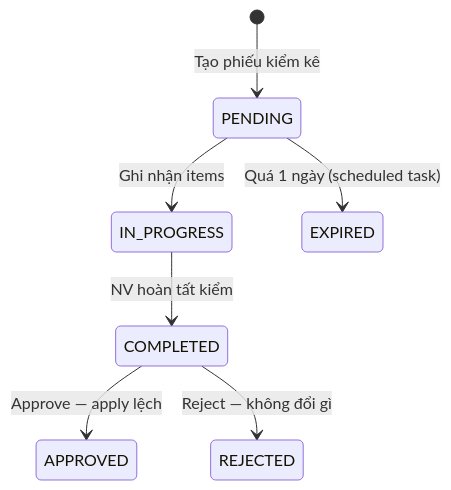
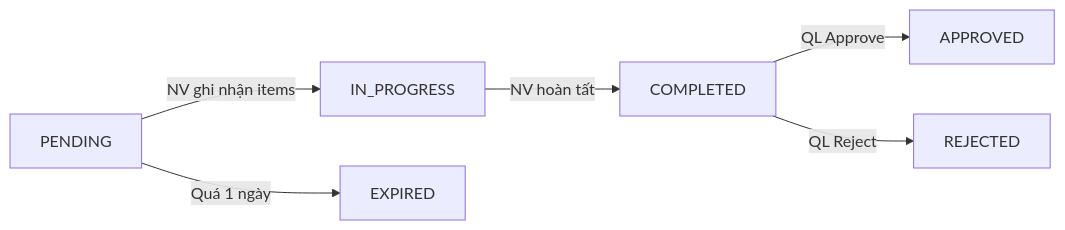
One commit to Java-Inventory-Management-System/Projects changed the first of 2 diagrams in docs/flows/be/04-stock-check-flow.md. Above: the diagram before and after it, drawn with Mermaid. The commit also changed 7 other files, not shown here.

Commit message:
docs: convert BE state machines from stateDiagram-v2 to flowchart LR for clean layout

````diff
--- a/docs/flows/be/04-stock-check-flow.md
+++ b/docs/flows/be/04-stock-check-flow.md
@@ -39,9 +39,8 @@
 ```mermaid
-stateDiagram-v2
-    [*] --> PENDING : Tạo phiếu kiểm kê
-    PENDING --> IN_PROGRESS : Ghi nhận items
-    PENDING --> EXPIRED : Quá 1 ngày (scheduled task)
-    IN_PROGRESS --> COMPLETED : NV hoàn tất kiểm
-    COMPLETED --> APPROVED : Approve — apply lệch
-    COMPLETED --> REJECTED : Reject — không đổi gì
+flowchart LR
+    PENDING -->|NV ghi nhận items| IN_PROGRESS
+    PENDING -->|Quá 1 ngày| EXPIRED
+    IN_PROGRESS -->|NV hoàn tất| COMPLETED
+    COMPLETED -->|QL Approve| APPROVED
+    COMPLETED -->|QL Reject| REJECTED
 ```
````
